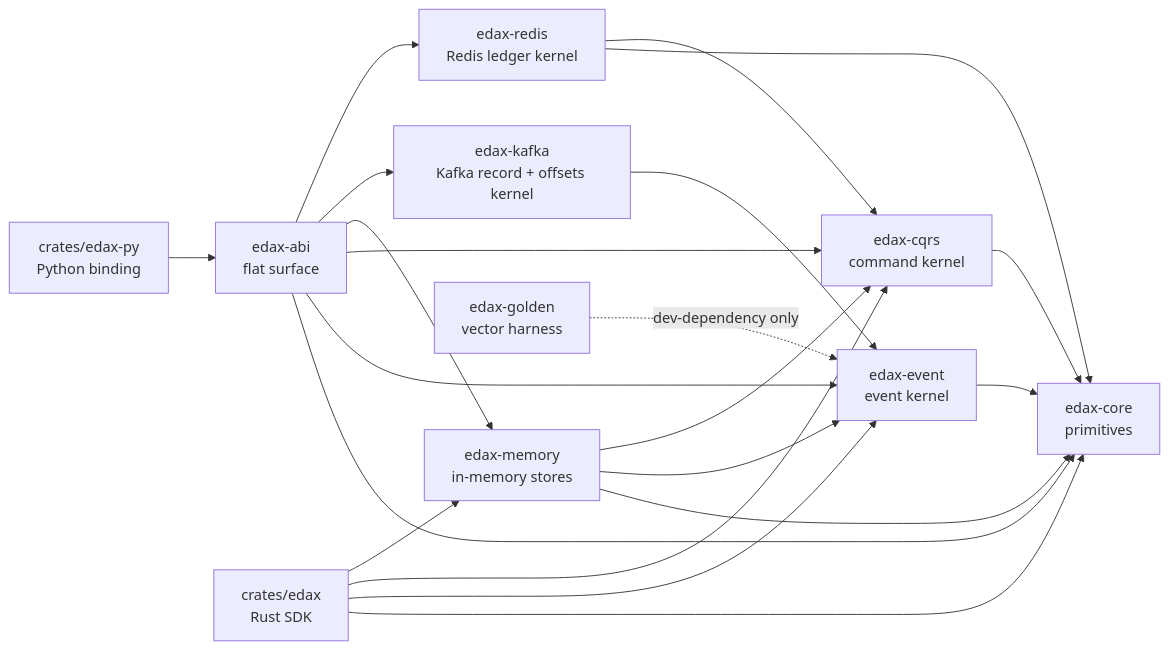
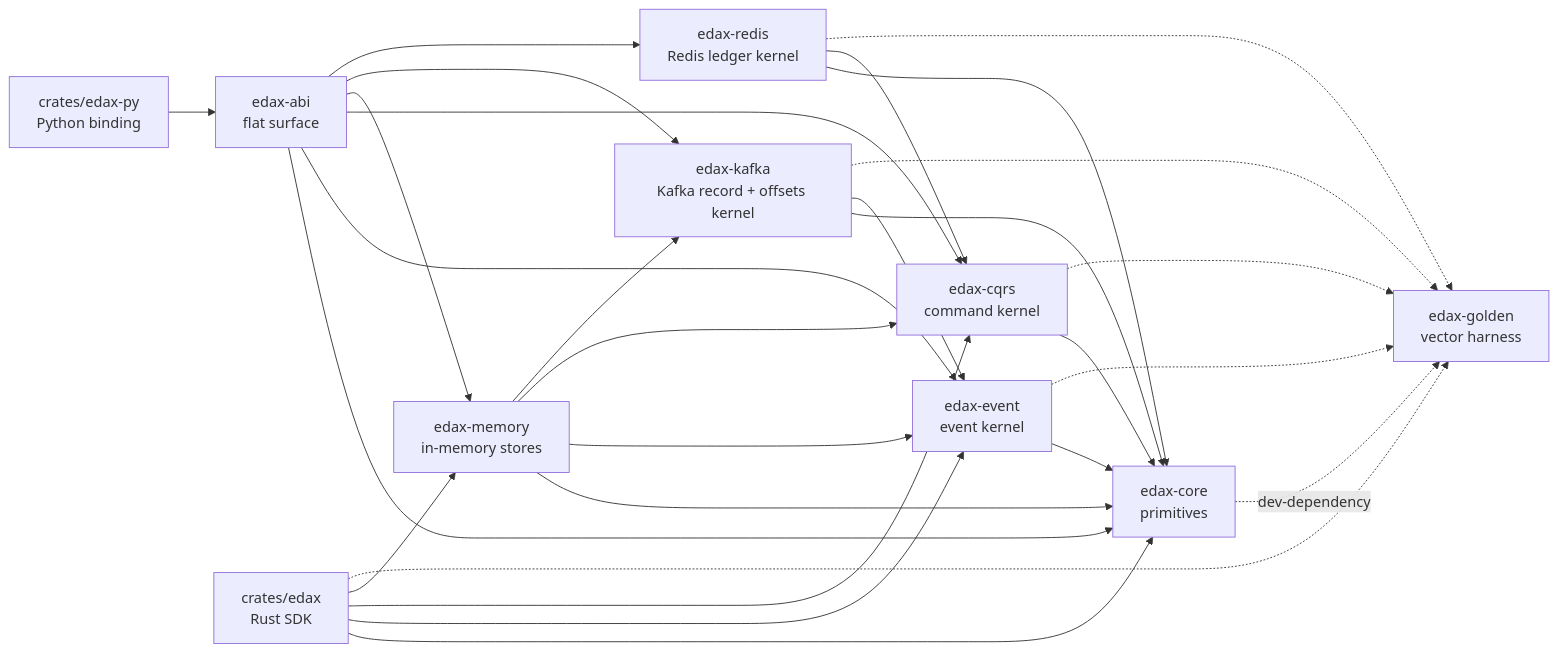
One commit to haskian/edax changed the second of 4 diagrams in docs/architecture.md. Above: the diagram before and after it, drawn with Mermaid. The commit also changed other lines of this file and 117 other files, not shown here.

````diff
--- a/docs/architecture.md
+++ b/docs/architecture.md
@@ -62,34 +62,41 @@
 ```mermaid
 flowchart LR
     core["edax-core<br/>primitives"]
     event["edax-event<br/>event kernel"]
     cqrs["edax-cqrs<br/>command kernel"]
     memory["edax-memory<br/>in-memory stores"]
     kafka["edax-kafka<br/>Kafka record + offsets kernel"]
     redis["edax-redis<br/>Redis ledger kernel"]
     abi["edax-abi<br/>flat surface"]
     rust["crates/edax<br/>Rust SDK"]
     py["crates/edax-py<br/>Python binding"]
     golden["edax-golden<br/>vector harness"]
 
     event --> core
     cqrs --> core
     memory --> core
     memory --> event
     memory --> cqrs
+    memory --> kafka
+    kafka --> core
     kafka --> event
     redis --> core
     redis --> cqrs
     rust --> core
     rust --> event
     rust --> cqrs
     rust --> memory
     abi --> core
     abi --> event
     abi --> cqrs
     abi --> memory
     abi --> kafka
     abi --> redis
     py --> abi
-    golden -.->|"dev-dependency only"| event
+    core -.->|"dev-dependency"| golden
+    event -.-> golden
+    cqrs -.-> golden
+    kafka -.-> golden
+    redis -.-> golden
+    rust -.-> golden
 ```
````
